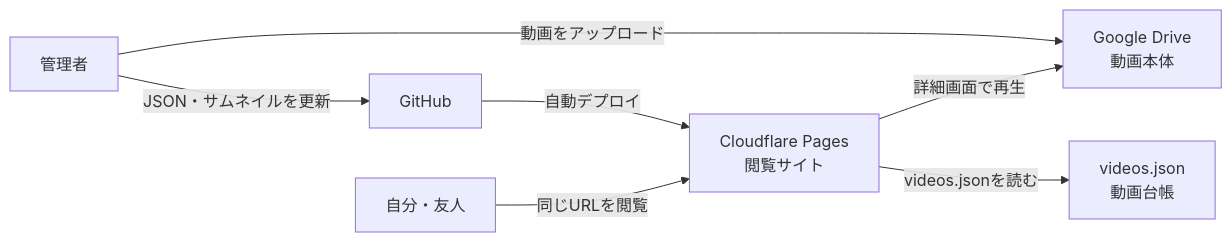
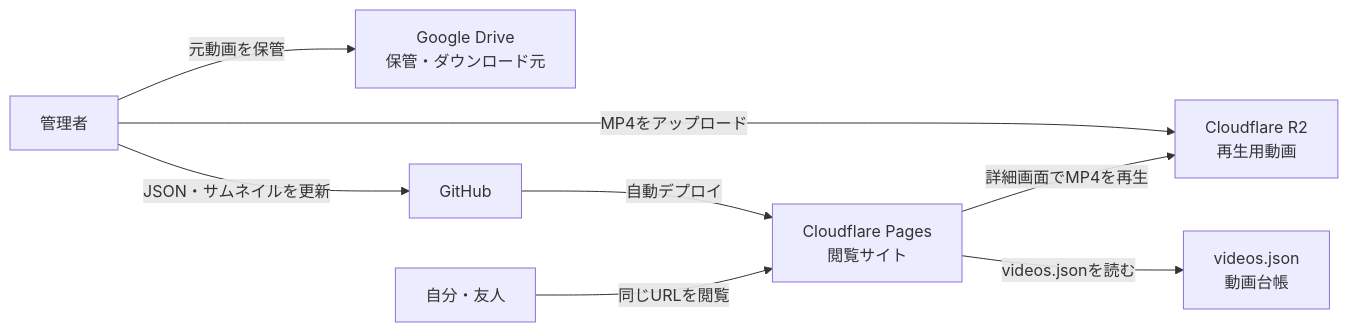
The first of 2 diagrams in docs/design.md (Saoki11111/video-shelf), drawn with Mermaid before and after one commit. The commit also changed other lines of this file and 8 other files, not shown here.

````diff
--- a/docs/design.md
+++ b/docs/design.md
@@ -10,9 +10,10 @@
 ```mermaid
 flowchart LR
-    Owner[管理者] -->|動画をアップロード| Drive[Google Drive<br>動画本体]
+    Owner[管理者] -->|元動画を保管| Drive[Google Drive<br>保管・ダウンロード元]
+    Owner -->|MP4をアップロード| R2[Cloudflare R2<br>再生用動画]
     Owner -->|JSON・サムネイルを更新| GitHub[GitHub]
     GitHub -->|自動デプロイ| Pages[Cloudflare Pages<br>閲覧サイト]
     Viewer[自分・友人] -->|同じURLを閲覧| Pages
     Pages -->|videos.jsonを読む| Catalog[videos.json<br>動画台帳]
-    Pages -->|詳細画面で再生| Drive
+    Pages -->|詳細画面でMP4を再生| R2
 ```
````
